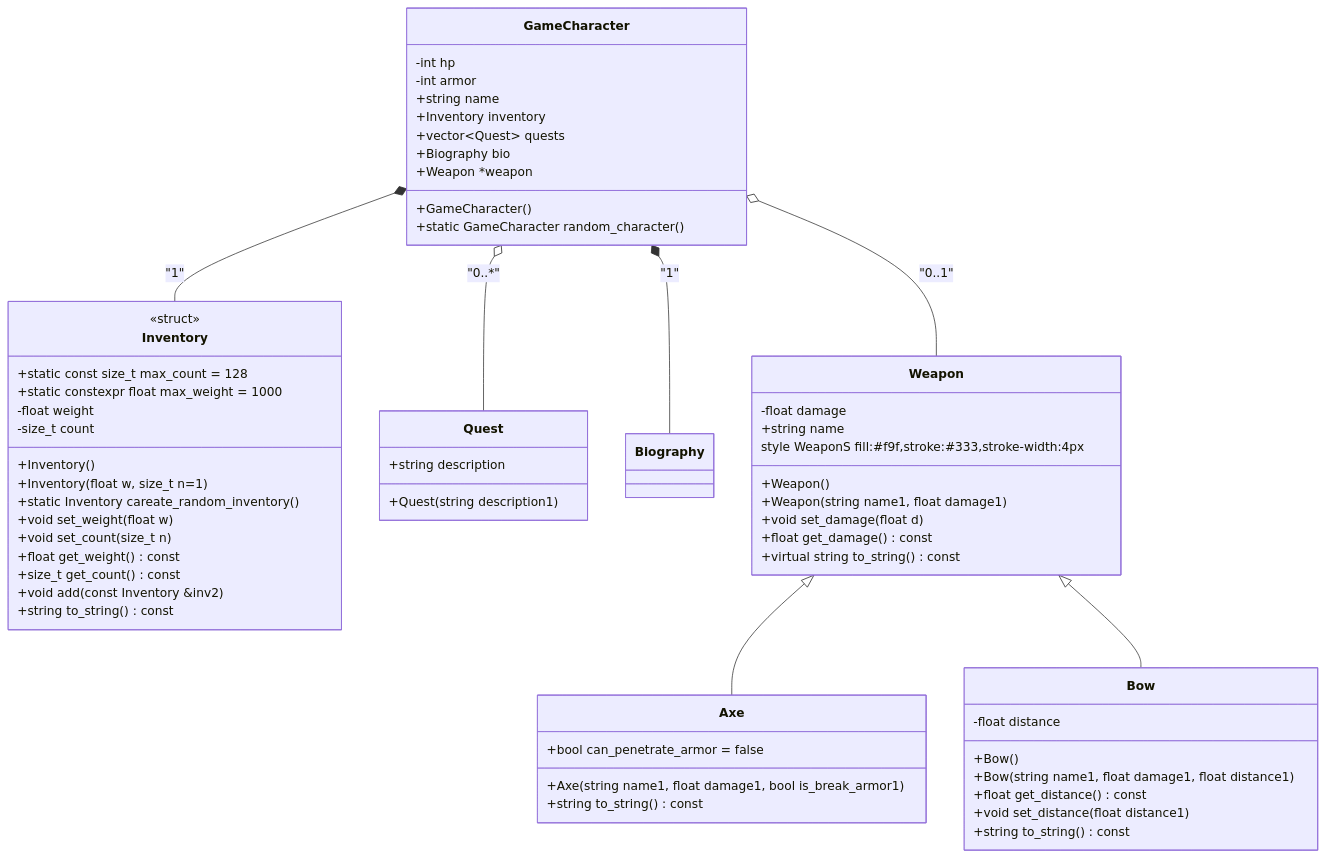
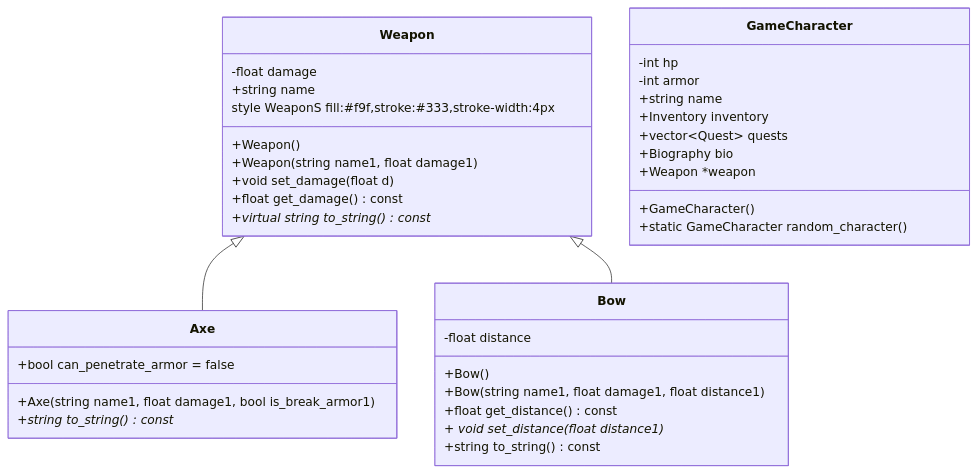
One commit to VetrovSV/OOP changed the diagram in plans/2025/OOP_class_relations/readme.md. Above: the diagram before and after it, drawn with Mermaid. The commit also changed 1 other file, not shown here.

````diff
--- a/plans/2025/OOP_class_relations/readme.md
+++ b/plans/2025/OOP_class_relations/readme.md
@@ -3,33 +3,7 @@
 ```mermaid
 classDiagram
     
-    
-class Inventory {
-<<struct>>
-+static const size_t max_count = 128
-+static constexpr float max_weight = 1000
--float weight
--size_t count
-+Inventory()
-+Inventory(float w, size_t n=1)
-+static Inventory careate_random_inventory()
-+void set_weight(float w)
-+void set_count(size_t n)
-+float get_weight() const
-+size_t get_count() const
-+void add(const Inventory &inv2)
-+string to_string() const
-}
 
-    class Quest {
-      +string description
-      +Quest(string description1)
-    }
-
-    class Biography {
-      %% пустой класс в исходнике
-    }
-    
     
     class Weapon {
       -float damage
@@ -38,7 +12,7 @@
       +Weapon(string name1, float damage1)
       +void set_damage(float d)
       +float get_damage() const
-      +virtual string to_string() const
+      +virtual string to_string() const*
       style WeaponS fill:#f9f,stroke:#333,stroke-width:4px
       
     }
@@ -49,7 +23,7 @@
     class Axe {
       +bool can_penetrate_armor = false
       +Axe(string name1, float damage1, bool is_break_armor1)
-      +string to_string() const
+      +string to_string() const*
     }
     
     
@@ -59,7 +33,7 @@
       +Bow()
       +Bow(string name1, float damage1, float distance1)
       +float get_distance() const
-      +void set_distance(float distance1)
+      + void set_distance(float distance1)*
       +string to_string() const
     }
 
@@ -79,14 +53,6 @@
     Weapon <|-- Axe
     Weapon <|-- Bow
 
-    %% Композиция (целое владеет частью)
-    GameCharacter *-- Inventory : "1"
-    GameCharacter *-- Biography : "1"
-
-    %% Агрегация (слабая связь / коллекция)
-    GameCharacter o-- Quest : "0..*"
-    GameCharacter o-- Weapon : "0..1"
-
     
 
 
````
